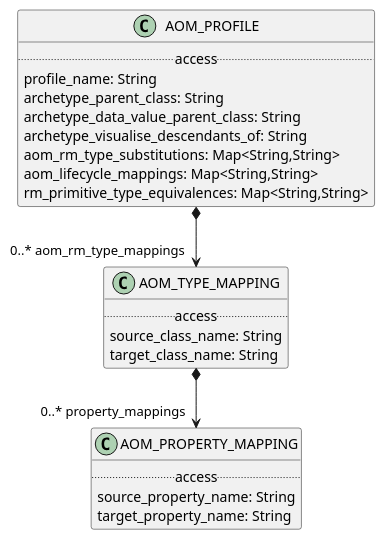
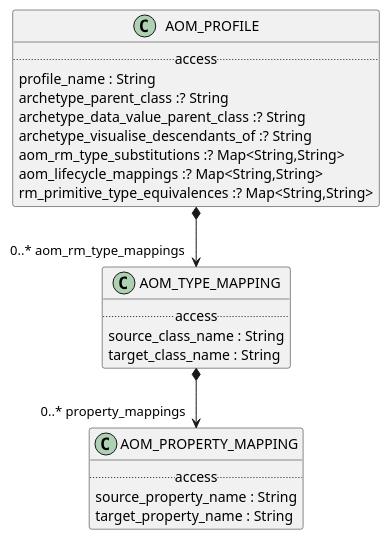
Before and after one commit to wolandscat/openehr-doc: the diagram in modules/ROOT/examples/bmm/languages/aom2/aom_profile/aom_profile-package-uml.adoc, drawn with PlantUML. The commit also changed 1814 other files, not shown here.

```diff
--- a/modules/ROOT/examples/bmm/languages/aom2/aom_profile/aom_profile-package-uml.adoc
+++ b/modules/ROOT/examples/bmm/languages/aom2/aom_profile/aom_profile-package-uml.adoc
@@ -3,37 +3,34 @@
 [plantuml,opts=interactive,link=self]
 ....
 skinparam groupInheritance 2
 skinparam citedClassColor #FDFDFD
 
 
 class AOM_PROFILE [[/openehr-doc/latest/languages/aom2-gen.html#_class_aom_profile]] {
         .. access ..
-        profile_name: String
-        archetype_parent_class: String
-        archetype_data_value_parent_class: String
-        archetype_visualise_descendants_of: String
-        aom_rm_type_substitutions: Map<String,String>
-        aom_lifecycle_mappings: Map<String,String>
-        rm_primitive_type_equivalences: Map<String,String>
+        profile_name : String
+        archetype_parent_class :? String
+        archetype_data_value_parent_class :? String
+        archetype_visualise_descendants_of :? String
+        aom_rm_type_substitutions :? Map<String,String>
+        aom_lifecycle_mappings :? Map<String,String>
+        rm_primitive_type_equivalences :? Map<String,String>
 }
-
 
 AOM_PROFILE *--> "0..* aom_rm_type_mappings" AOM_TYPE_MAPPING
 
 class AOM_PROPERTY_MAPPING [[/openehr-doc/latest/languages/aom2-gen.html#_class_aom_property_mapping]] {
         .. access ..
-        source_property_name: String
-        target_property_name: String
+        source_property_name : String
+        target_property_name : String
 }
-
 
 class AOM_TYPE_MAPPING [[/openehr-doc/latest/languages/aom2-gen.html#_class_aom_type_mapping]] {
         .. access ..
-        source_class_name: String
-        target_class_name: String
+        source_class_name : String
+        target_class_name : String
 }
-
 
 AOM_TYPE_MAPPING *--> "0..* property_mappings" AOM_PROPERTY_MAPPING
 
 ....
```
